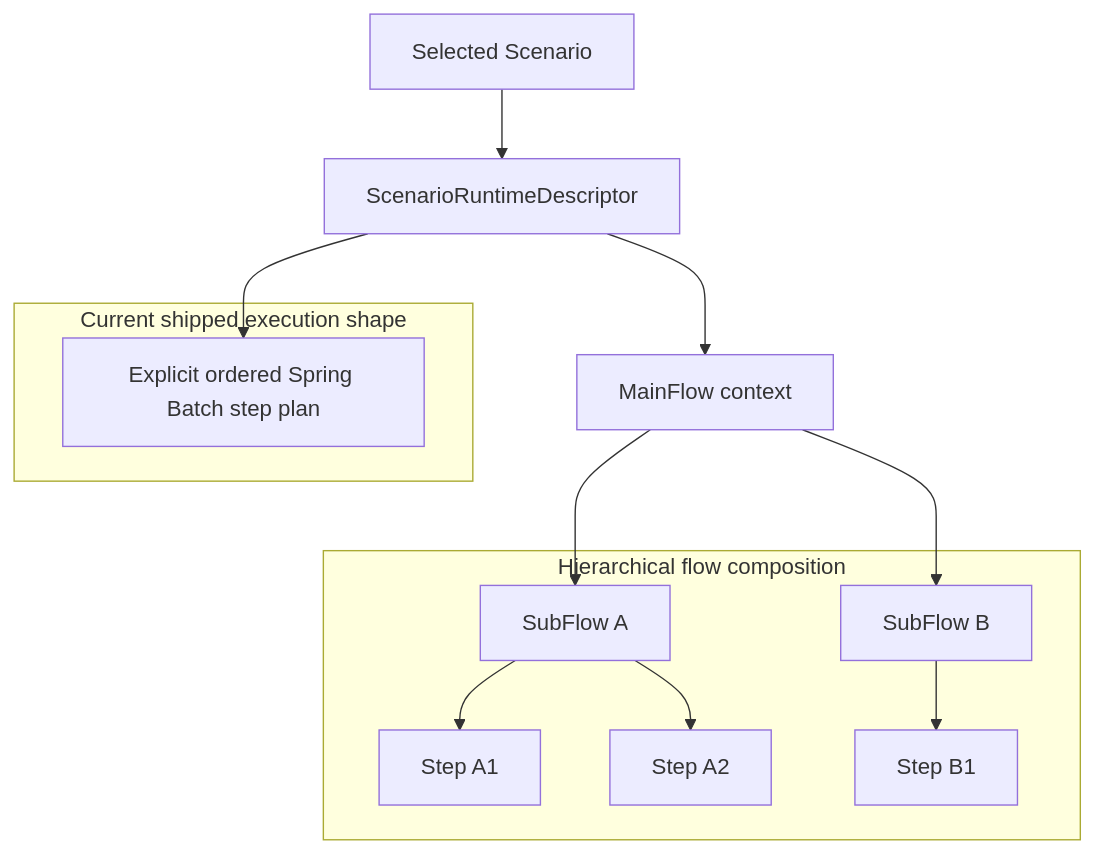
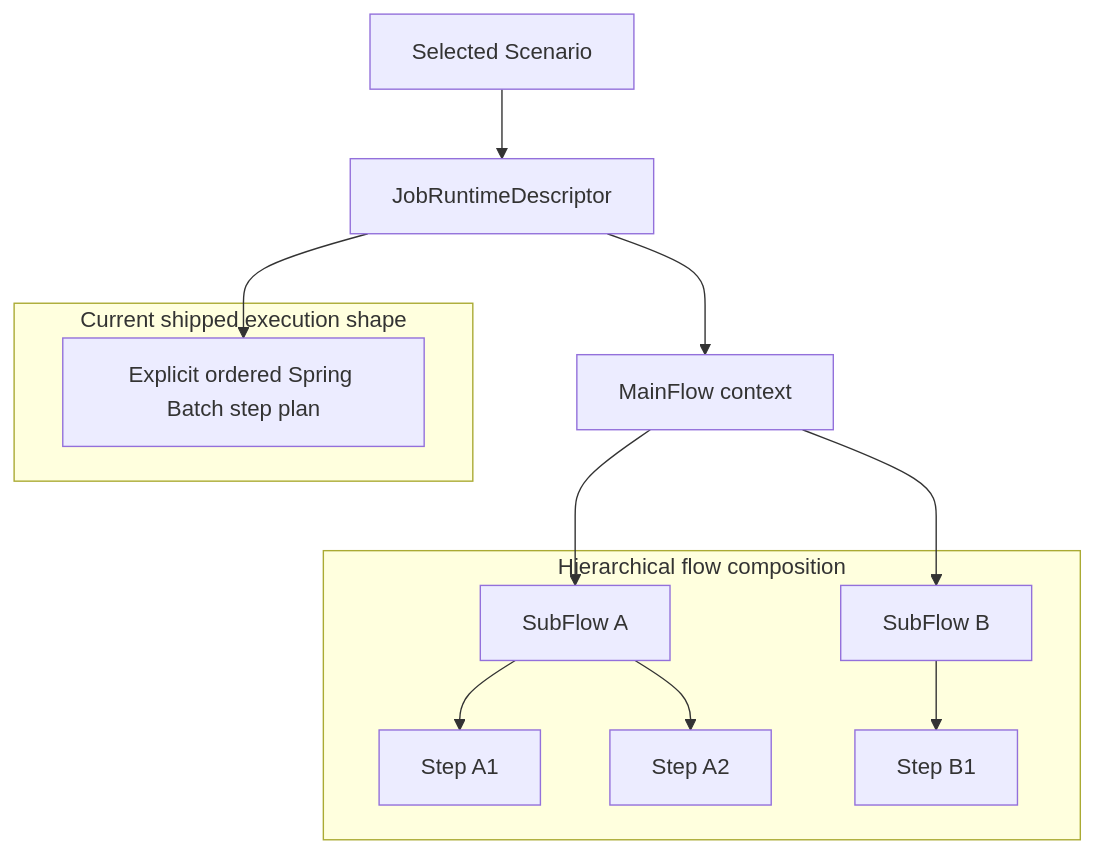
The fifth of 6 diagrams in docs/architecture/runtime-flow.md (kbalanandam/spring-etl-engine), drawn with Mermaid before and after one commit. The commit also changed other lines of this file and 44 other files, not shown here.

Commit message:
refactor: rename scenario runtime to job and harden execution flow

````diff
--- a/docs/architecture/runtime-flow.md
+++ b/docs/architecture/runtime-flow.md
@@ -224,28 +224,28 @@
 ```mermaid
 flowchart TD
     Scenario[Selected Scenario]
-    Descriptor[ScenarioRuntimeDescriptor]
+    Descriptor[JobRuntimeDescriptor]
     MainFlow[MainFlow context]
 
     subgraph Composition[Hierarchical flow composition]
         SubFlowA[SubFlow A]
         StepA1[Step A1]
         StepA2[Step A2]
         SubFlowB[SubFlow B]
         StepB1[Step B1]
     end
 
     subgraph Execution[Current shipped execution shape]
         FlatPlan[Explicit ordered Spring Batch step plan]
     end
 
     Scenario --> Descriptor
     Descriptor --> MainFlow
     MainFlow --> SubFlowA
     MainFlow --> SubFlowB
     SubFlowA --> StepA1
     SubFlowA --> StepA2
     SubFlowB --> StepB1
 
     Descriptor --> FlatPlan
 ```
````
